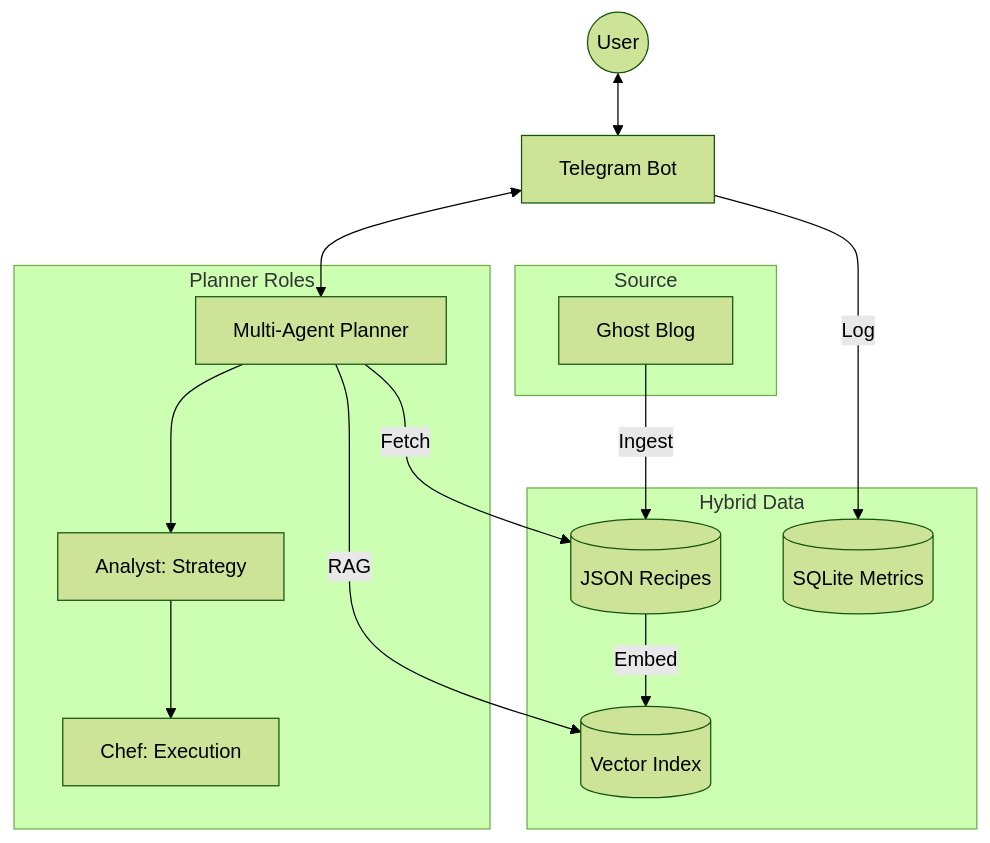
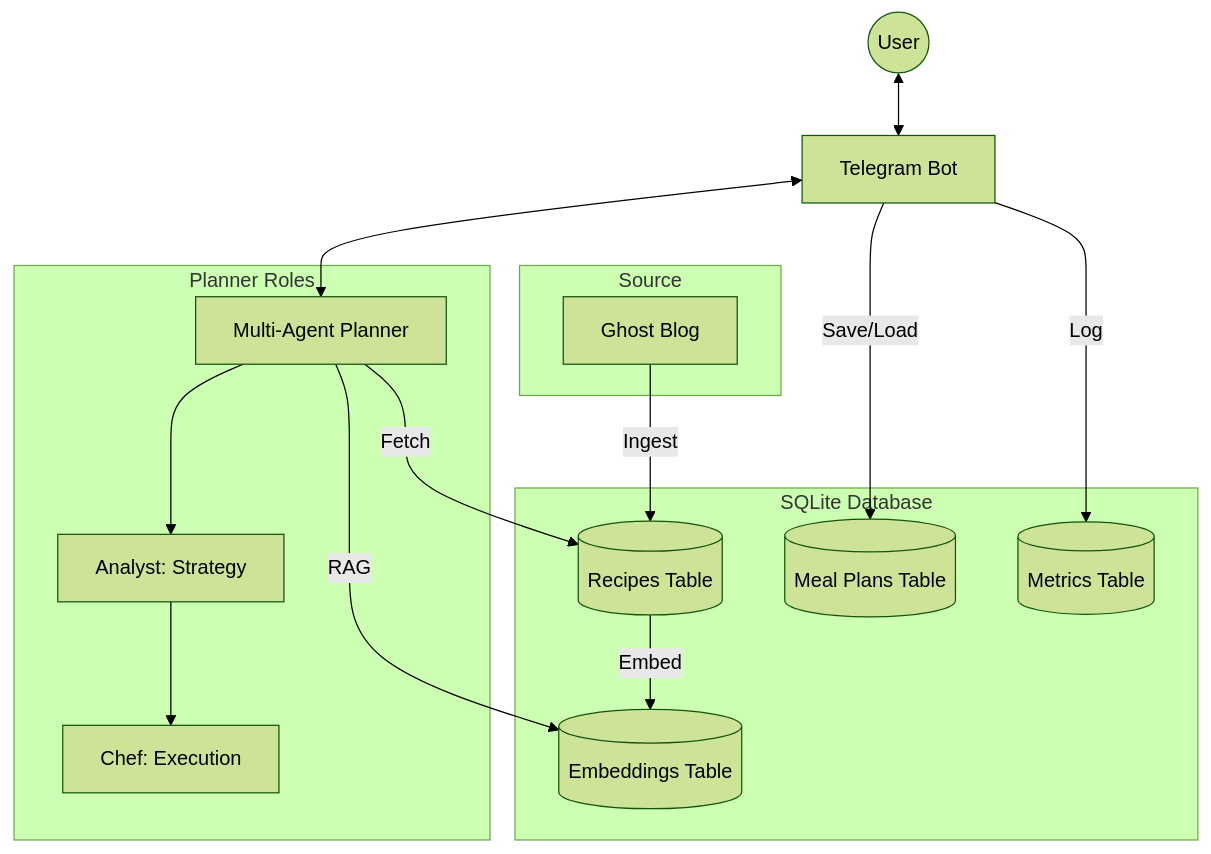
One commit to sergioazevedo/ai-meal-planner changed the diagram in README.md. Above: the diagram before and after it, drawn with Mermaid (forest theme). The commit also changed other lines of this file and 26 other files, not shown here.

Commit message:
refactor: centralize storage into SQLite, remove file-based storage, and fix agents

````diff
--- a/README.md
+++ b/README.md
@@ -132,27 +126,29 @@
 ```mermaid
 graph TD
     User((User)) <--> Bot[Telegram Bot]
     Bot <--> Planner[Multi-Agent Planner]
     
     subgraph Agents [Planner Roles]
         Planner --> Analyst[Analyst: Strategy]
         Analyst --> Chef[Chef: Execution]
     end
     
-    subgraph Storage [Hybrid Data]
-        Recipes[(JSON Recipes)]
-        Embeddings[(Vector Index)]
-        Metrics[(SQLite Metrics)]
+    subgraph Storage [SQLite Database]
+        Recipes[(Recipes Table)]
+        Embeddings[(Embeddings Table)]
+        Plans[(Meal Plans Table)]
+        Metrics[(Metrics Table)]
     end
     
     subgraph CMS [Source]
         Ghost[Ghost Blog]
     end
     
     Ghost -- Ingest --> Recipes
     Recipes -- Embed --> Embeddings
     
     Planner -- RAG --> Embeddings
     Planner -- Fetch --> Recipes
     Bot -- Log --> Metrics
+    Bot -- Save/Load --> Plans
 ```
````
